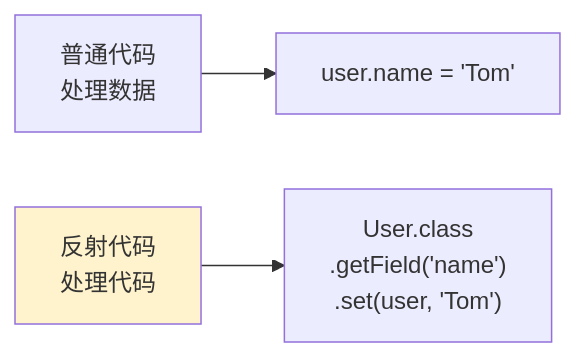
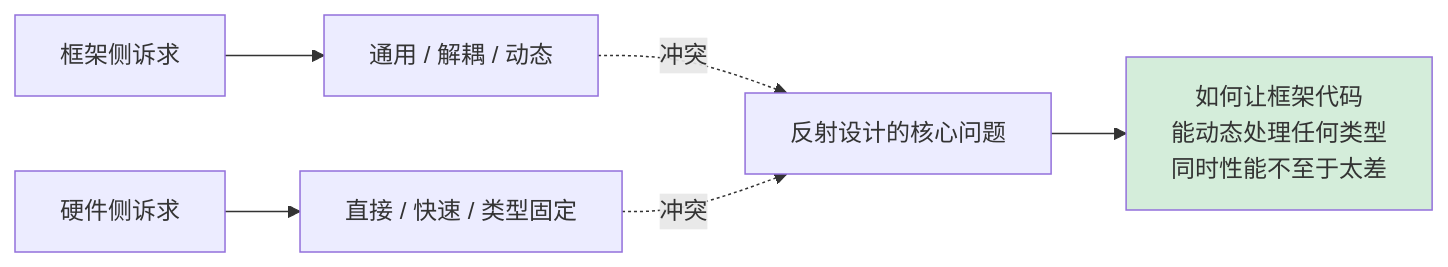
The second of 13 diagrams in 00.通用技术的提升/02.程序编程原理/10.反射与元编程核心设计.md (chongyang211/YCBookBlog), drawn with Mermaid before and after one commit. The commit also changed other lines of this file, not shown here.

````diff
--- a/00.通用技术的提升/02.程序编程原理/10.反射与元编程核心设计.md
+++ b/00.通用技术的提升/02.程序编程原理/10.反射与元编程核心设计.md
@@ -84,6 +203,9 @@
 ```mermaid
 flowchart LR
-    A[普通代码<br/>处理数据] --> B[user.name = 'Tom']
-    C[反射代码<br/>处理代码] --> D["User.class<br/>.getField('name')<br/>.set(user, 'Tom')"]
-    style C fill:#fff3cd
+    A[框架侧诉求] --> A1[通用 / 解耦 / 动态]
+    B[硬件侧诉求] --> B1[直接 / 快速 / 类型固定]
+    A1 -.冲突.-> C[反射设计的核心问题]
+    B1 -.冲突.-> C
+    C --> D[如何让框架代码<br/>能动态处理任何类型<br/>同时性能不至于太差]
+    style D fill:#d4edda
 ```
````
